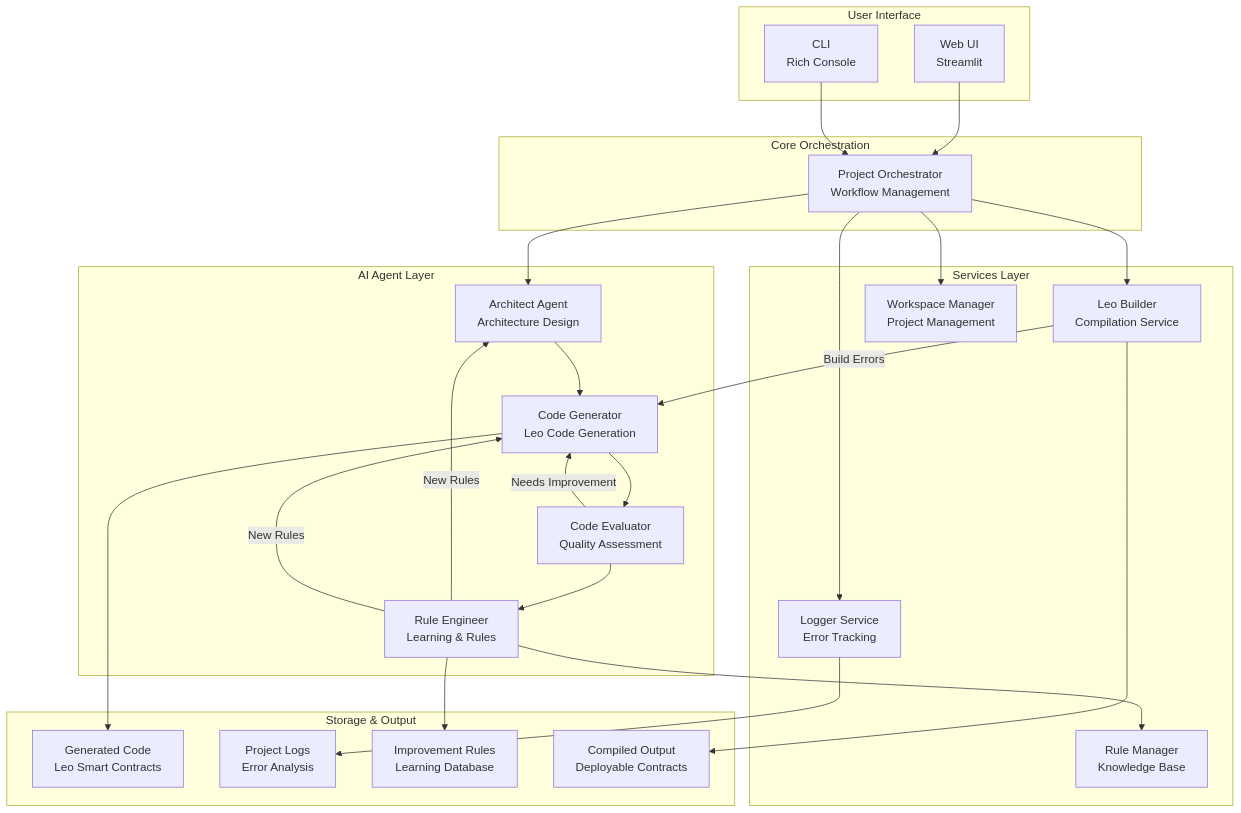
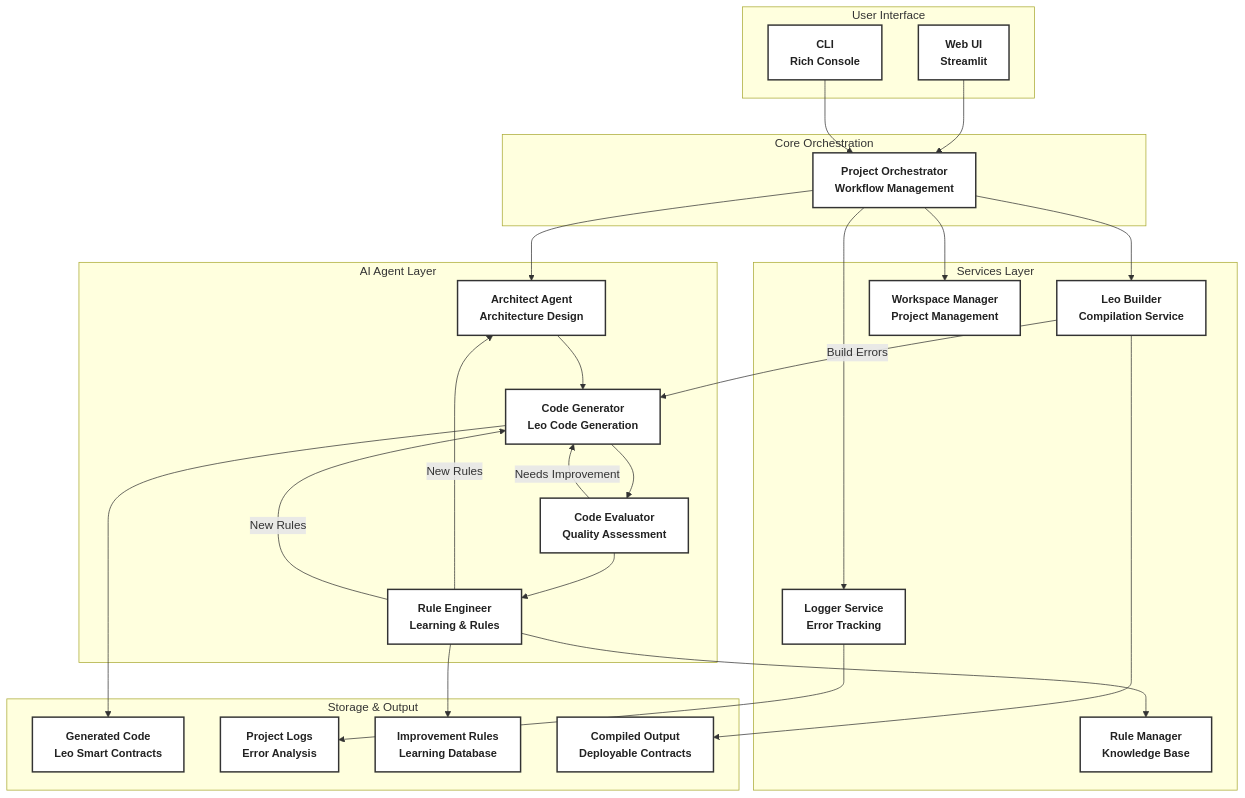
One commit to Authentiquo/LeoForge changed the diagram in README.md. Above: the diagram before and after it, drawn with Mermaid.

````diff
--- a/README.md
+++ b/README.md
@@ -218,60 +218,75 @@
 ```mermaid
 graph TB
+    %% Styles pour les sous-graphes
+    classDef ui fill:#e3f2fd,stroke:#1976d2,stroke-width:2px,color:#0d47a1,font-size:16px;
+    classDef core fill:#fff3e0,stroke:#ff9800,stroke-width:2px,color:#e65100,font-size:16px;
+    classDef agent fill:#e8f5e9,stroke:#388e3c,stroke-width:2px,color:#1b5e20,font-size:16px;
+    classDef services fill:#f3e5f5,stroke:#8e24aa,stroke-width:2px,color:#4a148c,font-size:16px;
+    classDef storage fill:#ffebee,stroke:#d32f2f,stroke-width:2px,color:#b71c1c,font-size:16px;
+
+    %% Styles pour les nœuds individuels
+    classDef node fill:#fff,stroke:#333,stroke-width:2px,color:#222,font-weight:bold,font-size:15px;
+
     subgraph "User Interface"
-        A[Web UI<br/>Streamlit] 
+        A[Web UI<br/>Streamlit]
         B[CLI<br/>Rich Console]
     end
-    
+    class A,B ui,node;
+
     subgraph "Core Orchestration"
         C[Project Orchestrator<br/>Workflow Management]
     end
-    
+    class C core,node;
+
     subgraph "AI Agent Layer"
         D[Architect Agent<br/>Architecture Design]
         E[Code Generator<br/>Leo Code Generation]
         F[Code Evaluator<br/>Quality Assessment]
         G[Rule Engineer<br/>Learning & Rules]
     end
-    
+    class D,E,F,G agent,node;
+
     subgraph "Services Layer"
         H[Leo Builder<br/>Compilation Service]
         I[Workspace Manager<br/>Project Management]
         J[Logger Service<br/>Error Tracking]
         K[Rule Manager<br/>Knowledge Base]
     end
-    
+    class H,I,J,K services,node;
+
     subgraph "Storage & Output"
         L[Generated Code<br/>Leo Smart Contracts]
         M[Project Logs<br/>Error Analysis]
         N[Improvement Rules<br/>Learning Database]
         O[Compiled Output<br/>Deployable Contracts]
     end
-    
+    class L,M,N,O storage,node;
+
     %% User Interface Flow
     A --> C
     B --> C
-    
+
     %% Core Agent Workflow
     C --> D
     D --> E
     E --> F
     F --> G
-    
+
     %% Service Integration
     C --> H
     C --> I
     C --> J
     G --> K
-    
+
     %% Feedback Loops
     F -->|Needs Improvement| E
     H -->|Build Errors| E
     G -->|New Rules| D
     G -->|New Rules| E
-    
+
     %% Output Generation
     E --> L
     J --> M
     G --> N
     H --> O
 ```
````
